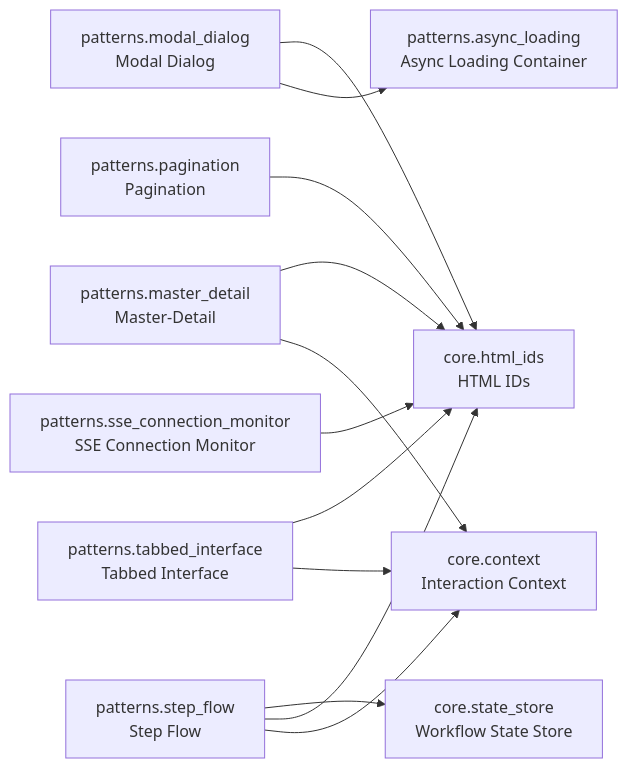
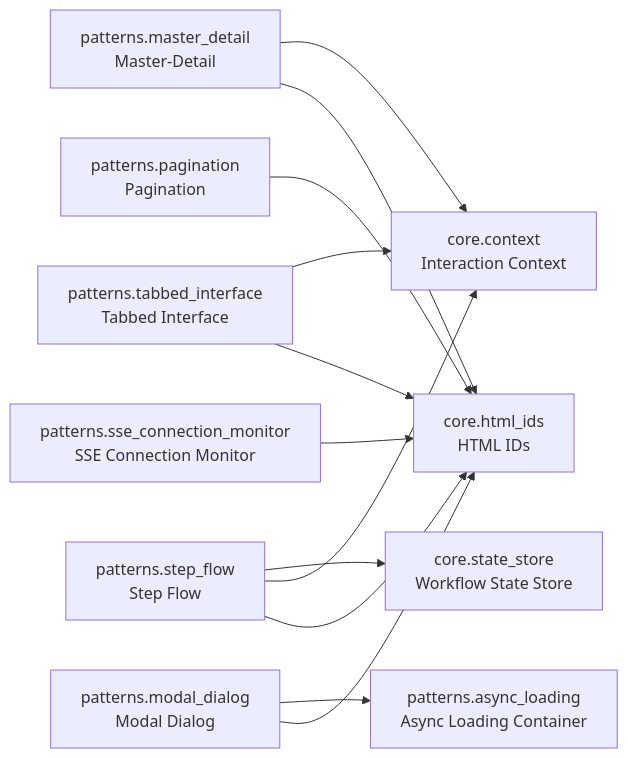
The diagram in README.md (cj-mills/cjm-fasthtml-interactions), drawn with Mermaid before and after one commit. The commit also changed other lines of this file and 3 other files, not shown here.

Commit message:
Add optional progress_renderer callback to StepFlow for custom step progress indicators.

````diff
--- a/README.md
+++ b/README.md
@@ -32,25 +32,25 @@
 ``` mermaid
 graph LR
     core_context[core.context<br/>Interaction Context]
     core_html_ids[core.html_ids<br/>HTML IDs]
     core_state_store[core.state_store<br/>Workflow State Store]
     patterns_async_loading[patterns.async_loading<br/>Async Loading Container]
     patterns_master_detail[patterns.master_detail<br/>Master-Detail]
     patterns_modal_dialog[patterns.modal_dialog<br/>Modal Dialog]
     patterns_pagination[patterns.pagination<br/>Pagination]
     patterns_sse_connection_monitor[patterns.sse_connection_monitor<br/>SSE Connection Monitor]
     patterns_step_flow[patterns.step_flow<br/>Step Flow]
     patterns_tabbed_interface[patterns.tabbed_interface<br/>Tabbed Interface]
 
+    patterns_master_detail --> core_context
     patterns_master_detail --> core_html_ids
-    patterns_master_detail --> core_context
+    patterns_modal_dialog --> patterns_async_loading
     patterns_modal_dialog --> core_html_ids
-    patterns_modal_dialog --> patterns_async_loading
     patterns_pagination --> core_html_ids
     patterns_sse_connection_monitor --> core_html_ids
     patterns_step_flow --> core_state_store
+    patterns_step_flow --> core_context
     patterns_step_flow --> core_html_ids
-    patterns_step_flow --> core_context
+    patterns_tabbed_interface --> core_context
     patterns_tabbed_interface --> core_html_ids
-    patterns_tabbed_interface --> core_context
 ```
````
